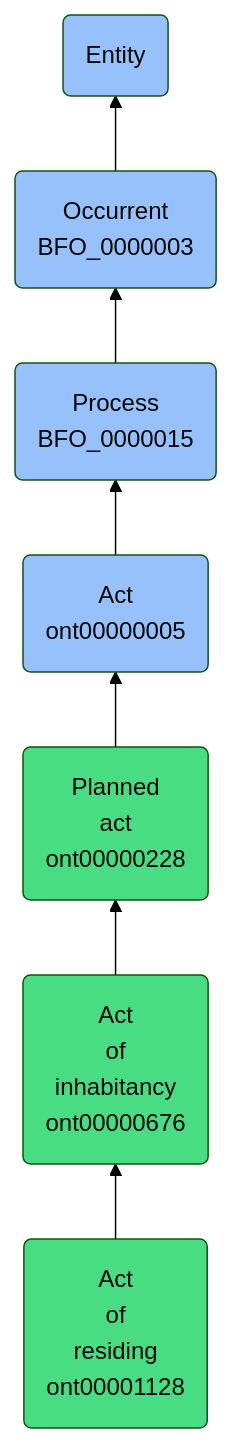
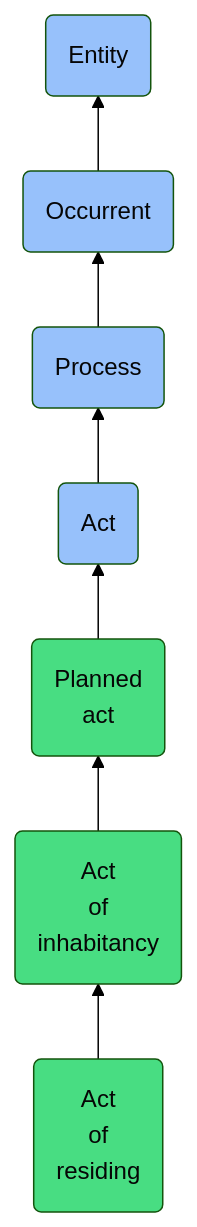
The diagram in docs/ontology/reference/model/Entity/Occurrent/Process/Act/Planned act/Act of inhabitancy/Act of residing/Act of residing.md (jupyter-naas/abi), drawn with Mermaid (forest theme) before and after one commit. The commit also changed other lines of this file and 1430 other files, not shown here.

````diff
--- a/docs/ontology/reference/model/Entity/Occurrent/Process/Act/Planned act/Act of inhabitancy/Act of residing/Act of residing.md
+++ b/docs/ontology/reference/model/Entity/Occurrent/Process/Act/Planned act/Act of inhabitancy/Act of residing/Act of residing.md
@@ -24,14 +24,14 @@
 ```mermaid
 graph BT
-    ont00001128(Act<br>of<br>residing<br>ont00001128):::ABI-->ont00000676
-    ont00000676(Act<br>of<br>inhabitancy<br>ont00000676):::ABI-->ont00000228
-    ont00000228(Planned<br>act<br>ont00000228):::ABI-->ont00000005
-    ont00000005(Act<br>ont00000005):::BFO-->BFO_0000015
-    BFO_0000015(Process<br>BFO_0000015):::BFO-->BFO_0000003
-    BFO_0000003(Occurrent<br>BFO_0000003):::BFO-->BFO_0000001
+    ont00001128(Act<br>of<br>residing):::ABI-->ont00000676
+    ont00000676(Act<br>of<br>inhabitancy):::ABI-->ont00000228
+    ont00000228(Planned<br>act):::ABI-->ont00000005
+    ont00000005(Act):::BFO-->BFO_0000015
+    BFO_0000015(Process):::BFO-->BFO_0000003
+    BFO_0000003(Occurrent):::BFO-->BFO_0000001
     BFO_0000001(Entity):::BFO
     
     classDef BFO fill:#97c1fb,color:#060606
     classDef CCO fill:#e4c51e,color:#060606
     classDef ABI fill:#48DD82,color:#060606
 ```
````
